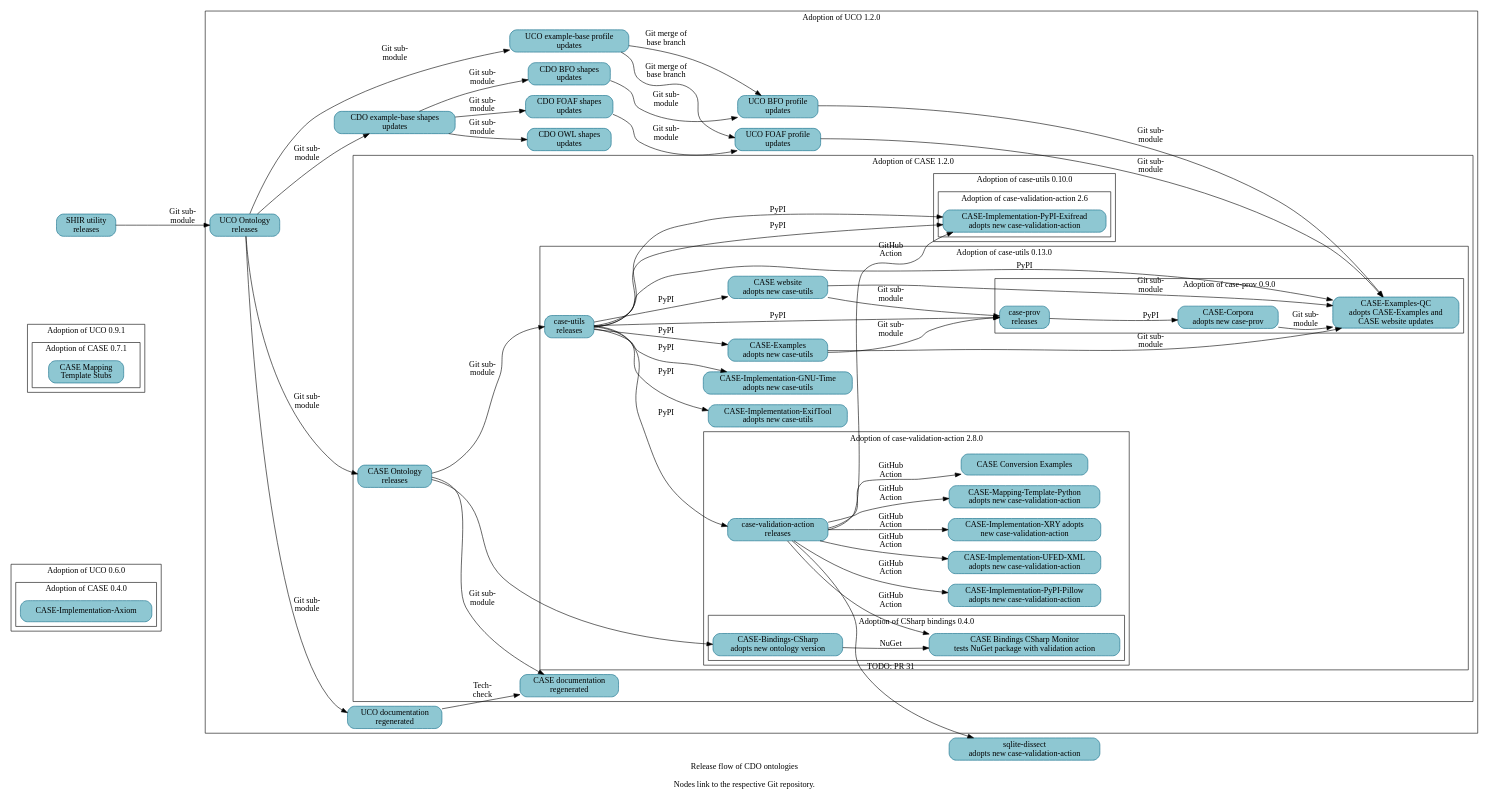
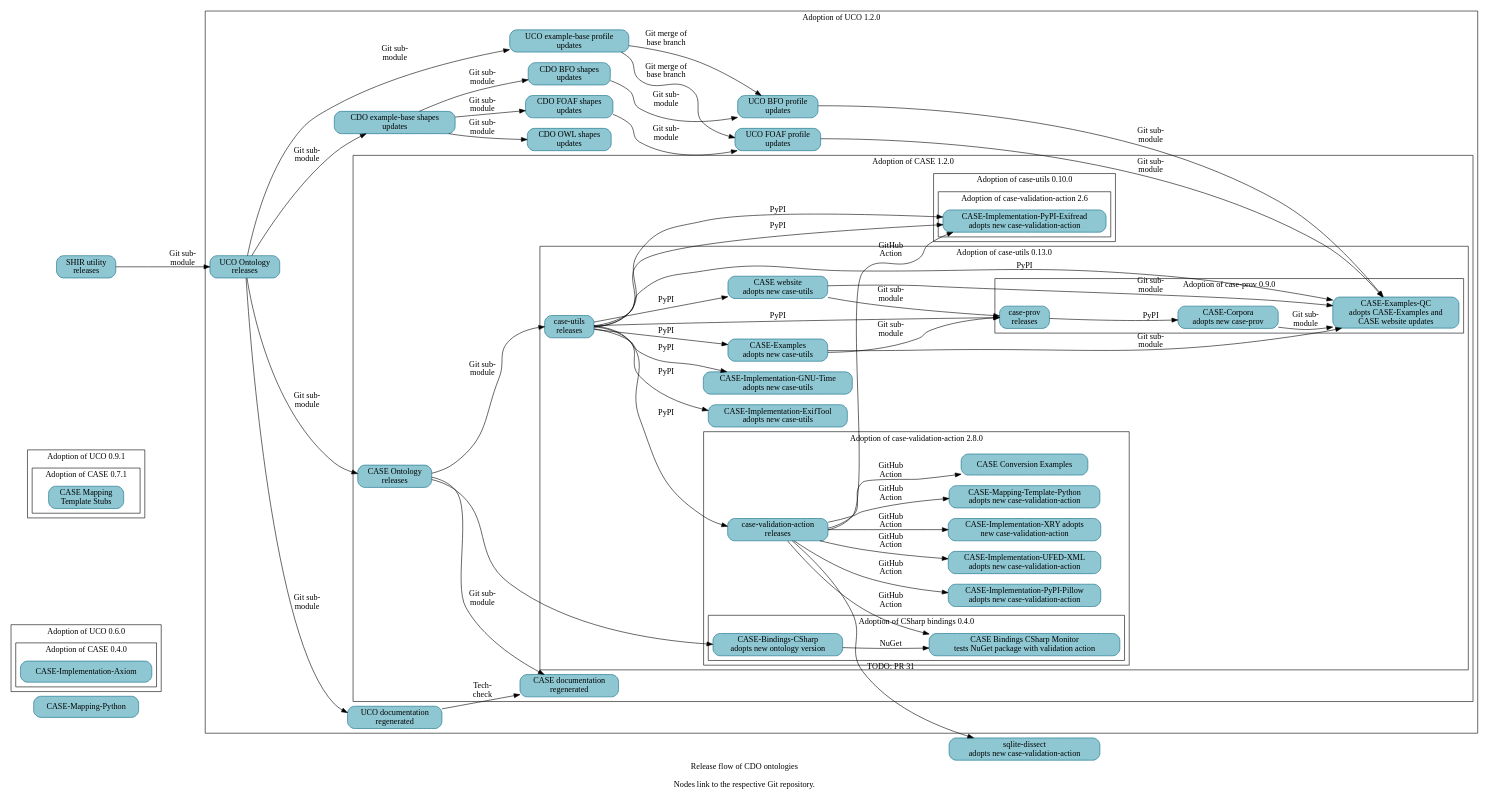
One commit to Cyber-Domain-Ontology/cdo.github.io changed the diagram in resources/project_release_flow.dot. Above: the diagram before and after it, drawn with Graphviz.

Commit message:
Add CASE-Mapping-Python
This project has not been reviewed for ontology adoption or conformance
status.

A follow-on patch will regenerate Make-managed files.

```diff
--- a/resources/project_release_flow.dot
+++ b/resources/project_release_flow.dot
@@ -1,141 +1,143 @@
 digraph "cdo_release_flow" {
   label = "Release flow of CDO ontologies\n\nNodes link to the respective Git repository." ;
   rankdir = "LR" ;
   node [shape="rectangle" style="filled,rounded" fillcolor="#8EC7D2" color="#0D6986"] ;
 
   // Define nodes in their corresponding progress subgraph.
+
+  _GH__CASEWORK__CASE_MAPPING_PYTHON [URL="https://github.com/casework/CASE-Mapping-Python/" label="CASE-Mapping-Python"] ;
 
   subgraph cluster_uco_0_6_0 {
     label = "Adoption of UCO 0.6.0" ;
 
     subgraph cluster_case_0_4_0 {
       label = "Adoption of CASE 0.4.0" ;
       _GH__CASEWORK__CASE_IMPLEMENTATION_AXIOM [URL="https://github.com/casework/CASE-Implementation-Axiom" label="CASE-Implementation-Axiom"] ;
     }
   }
 
   subgraph cluster_uco_0_9_1 {
     label = "Adoption of UCO 0.9.1" ;
 
     subgraph cluster_case_0_7_1 {
       label = "Adoption of CASE 0.7.1" ;
       _GH__CASEWORK__CASE_MAPPING_TEMPLATE_STUBS [URL="https://github.com/casework/CASE-Mapping-Template-Stubs" label="CASE Mapping\nTemplate Stubs"] ;
     }
   }
 
   subgraph cluster_uco_1_2_0 {
     label = "Adoption of UCO 1.2.0" ;
 
     _GH__CYBER_DOMAIN_ONTOLOGY__CDO_SHAPES_BFO [URL="https://github.com/Cyber-Domain-Ontology/CDO-Shapes-BFO" label="CDO BFO shapes\nupdates"] ;
     _GH__CYBER_DOMAIN_ONTOLOGY__CDO_SHAPES_EXAMPLE [URL="https://github.com/Cyber-Domain-Ontology/CDO-Shapes-Example" label="CDO example-base shapes\nupdates"] ;
     _GH__CYBER_DOMAIN_ONTOLOGY__CDO_SHAPES_FOAF [URL="https://github.com/Cyber-Domain-Ontology/CDO-Shapes-FOAF" label="CDO FOAF shapes\nupdates"] ;
     _GH__CYBER_DOMAIN_ONTOLOGY__CDO_SHAPES_OWL [URL="https://github.com/Cyber-Domain-Ontology/CDO-Shapes-OWL" label="CDO OWL shapes\nupdates"] ;
     _GH__UCOPROJECT__ONTOLOGY_UNIFIEDCYBERONTOLOGY_ORG [URL="https://github.com/ucoProject/ontology.unifiedcyberontology.org" label="UCO documentation\nregenerated"] ;
     _GH__UCOPROJECT__UCO [URL="https://github.com/ucoProject/UCO" label="UCO Ontology\nreleases"] ;
     _GH__UCOPROJECT__UCO_PROFILE_BFO [URL="https://github.com/ucoProject/UCO-Profile-BFO" label="UCO BFO profile\nupdates"] ;
     _GH__UCOPROJECT__UCO_PROFILE_EXAMPLE [URL="https://github.com/ucoProject/UCO-Profile-Example" label="UCO example-base profile\nupdates"] ;
     _GH__UCOPROJECT__UCO_PROFILE_FOAF [URL="https://github.com/ucoProject/UCO-Profile-FOAF" label="UCO FOAF profile\nupdates"] ;
 
     subgraph cluster_case_1_2_0 {
       label = "Adoption of CASE 1.2.0" ;
 
       _GH__CASEWORK__CASE [URL="https://github.com/casework/CASE" label="CASE Ontology\nreleases"] ;
       _GH__CASEWORK__ONTOLOGY_CASEONTOLOGY_ORG [URL="https://github.com/casework/ontology.caseontology.org" label="CASE documentation\nregenerated"] ;
 
       subgraph cluster_case_utils_0_10_0 {
         label = "Adoption of case-utils 0.10.0" ;
 
         subgraph cluster_case_validation_action_2_6 {
           label = "Adoption of case-validation-action 2.6" ;
 
           _GH__CASEWORK__CASE_IMPLEMENTATON_PYPI_EXIFREAD [URL="https://github.com/casework/CASE-Implementation-PyPI-Exifread" label="CASE-Implementation-PyPI-Exifread\nadopts new case-validation-action"] ;
         }
       }
 
       subgraph cluster_case_utils_0_13_0 {
         label = "Adoption of case-utils 0.13.0" ;
 
         _GH__CASEWORK__CASE_EXAMPLES [URL="https://github.com/casework/CASE-Examples" label="CASE-Examples\nadopts new case-utils"] ;
         _GH__CASEWORK__CASE_IMPLEMENTATON_EXIFTOOL [URL="https://github.com/casework/CASE-Implementation-ExifTool" label="CASE-Implementation-ExifTool\nadopts new case-utils"] ;
         _GH__CASEWORK__CASE_IMPLEMENTATON_GNU_TIME [URL="https://github.com/casework/CASE-Implementation-GNU-Time" label="CASE-Implementation-GNU-Time\nadopts new case-utils"] ;
         _GH__CASEWORK__CASE_UTILITIES_PYTHON [URL="https://github.com/casework/CASE-Utilities-Python" label="case-utils\nreleases"] ;
         _GH__CASEWORK__CASEWORK_GITHUB_IO [URL="https://github.com/casework/casework.github.io" label="CASE website\nadopts new case-utils"] ;
 
         subgraph cluster_case_prov_0_9_0 {
           label = "Adoption of case-prov 0.9.0" ;
 
           _GH__AJNELSON_NIST__CASE_EXAMPLES_QC [URL="https://github.com/ajnelson-nist/CASE-Examples-QC" label="CASE-Examples-QC\nadopts CASE-Examples and\nCASE website updates"] ;
           _GH__CASEWORK__CASE_CORPORA [URL="https://github.com/casework/CASE-Corpora" label="CASE-Corpora\nadopts new case-prov"] ;
           _GH__CASEWORK__CASE_IMPLEMENTATON_PROV_O [URL="https://github.com/casework/CASE-Implementation-PROV-O" label="case-prov\nreleases"] ;
         }
 
         subgraph cluster_case_validation_action_2_8_0 {
           label = "Adoption of case-validation-action 2.8.0" ;
 
           _GH__KCHASON__CASE_VALIDATION_ACTION [URL="https://github.com/kchason/case-validation-action" label="case-validation-action\nreleases"] ;
           _GH__CASEWORK__CASE_EXAMPLES_CONVERSION [URL="https://github.com/casework/CASE-Examples-Conversion" label="CASE Conversion Examples"] ;
           _GH__CASEWORK__CASE_IMPLEMENTATON_PYPI_PILLOW [URL="https://github.com/casework/CASE-Implementation-PyPI-Pillow" label="CASE-Implementation-PyPI-Pillow\nadopts new case-validation-action"] ;
           _GH__CASEWORK__CASE_IMPLEMENTATON_UFED_XML [URL="https://github.com/casework/CASE-Implementation-UFED-XML" label="CASE-Implementation-UFED-XML\nadopts new case-validation-action"] ;
           _GH__CASEWORK__CASE_IMPLEMENTATON_XRY [URL="https://github.com/casework/CASE-Implementation-XRY" label="CASE-Implementation-XRY adopts\nnew case-validation-action"] ;
           _GH__CASEWORK__CASE_MAPPING_TEMPLATE_PYTHON [URL="https://github.com/casework/CASE-Mapping-Template-Python" label="CASE-Mapping-Template-Python\nadopts new case-validation-action"] ;
 
           subgraph cluster_case_bindings_csharp_0_4_0 {
             label = "Adoption of CSharp bindings 0.4.0" ;
 
             _GH__CASEWORK__CASE_BINDINGS_CSHARP_MONITOR [URL="https://github.com/casework/CASE-Bindings-CSharp-Monitor" label="CASE Bindings CSharp Monitor\ntests NuGet package with validation action"] ;
             _GH__CIPHERTECHSOLUTIONS__CASE_BINDINGS_CSHARP [URL="https://github.com/ciphertechsolutions/CASE-Bindings-CSharp" label="CASE-Bindings-CSharp\nadopts new ontology version"] ;
           }
         }
       }
     }
   }
 
   _GH__CASEWORK__CASE_UTILITY_SHACL_INHERITANCE_REVIEWER [URL="https://github.com/casework/CASE-Utility-SHACL-Inheritance-Reviewer" label="SHIR utility\nreleases"] ;
   _GH__DOD_CYBER_CRIME_CENTER__SQLITE_DISSECT [URL="https://github.com/dod-cyber-crime-center/sqlite-dissect" label="sqlite-dissect\nadopts new case-validation-action"] ;
 
   // Begin edges
 
   _GH__CASEWORK__CASE_EXAMPLES -> _GH__CASEWORK__CASE_IMPLEMENTATON_PROV_O [label="Git sub-\nmodule"] ;
   _GH__CASEWORK__CASEWORK_GITHUB_IO -> _GH__CASEWORK__CASE_IMPLEMENTATON_PROV_O [label="Git sub-\nmodule"] ;
   _GH__CASEWORK__CASE_CORPORA -> _GH__AJNELSON_NIST__CASE_EXAMPLES_QC [label="Git sub-\nmodule"] ;
 
   _GH__CASEWORK__CASE -> _GH__CASEWORK__CASE_UTILITIES_PYTHON [label="Git sub-\nmodule"] ;
   _GH__CASEWORK__CASE -> _GH__CIPHERTECHSOLUTIONS__CASE_BINDINGS_CSHARP ;
   _GH__CASEWORK__CASE -> _GH__CASEWORK__ONTOLOGY_CASEONTOLOGY_ORG [label="Git sub-\nmodule"] ; 
   _GH__CASEWORK__CASE_EXAMPLES -> _GH__AJNELSON_NIST__CASE_EXAMPLES_QC [label="Git sub-\nmodule"] ;
   _GH__CASEWORK__CASE_IMPLEMENTATON_PROV_O -> _GH__CASEWORK__CASE_CORPORA [label="PyPI"] ;
   _GH__CASEWORK__CASE_UTILITIES_PYTHON -> _GH__AJNELSON_NIST__CASE_EXAMPLES_QC [label="PyPI"] ;
   _GH__CASEWORK__CASE_UTILITIES_PYTHON -> _GH__CASEWORK__CASE_EXAMPLES [label="PyPI"] ;
   _GH__CASEWORK__CASE_UTILITIES_PYTHON -> _GH__CASEWORK__CASE_IMPLEMENTATON_EXIFTOOL [label="PyPI"] ;
   _GH__CASEWORK__CASE_UTILITIES_PYTHON -> _GH__CASEWORK__CASE_IMPLEMENTATON_GNU_TIME [label="PyPI"] ;
   _GH__CASEWORK__CASE_UTILITIES_PYTHON -> _GH__CASEWORK__CASE_IMPLEMENTATON_PROV_O [label="PyPI"] ;
   _GH__CASEWORK__CASE_UTILITIES_PYTHON -> _GH__CASEWORK__CASE_IMPLEMENTATON_PYPI_EXIFREAD [label="PyPI"] ;
   _GH__CASEWORK__CASE_UTILITIES_PYTHON -> _GH__KCHASON__CASE_VALIDATION_ACTION [label="PyPI"] ;
   _GH__CASEWORK__CASE_UTILITIES_PYTHON -> _GH__CASEWORK__CASEWORK_GITHUB_IO [label="PyPI"] ;
   _GH__CASEWORK__CASE_UTILITY_SHACL_INHERITANCE_REVIEWER -> _GH__UCOPROJECT__UCO [label="Git sub-\nmodule"] ;
   _GH__CASEWORK__CASEWORK_GITHUB_IO -> _GH__AJNELSON_NIST__CASE_EXAMPLES_QC [label="Git sub-\nmodule"] ;
   _GH__CIPHERTECHSOLUTIONS__CASE_BINDINGS_CSHARP -> _GH__CASEWORK__CASE_BINDINGS_CSHARP_MONITOR [label="NuGet"] ;
   _GH__CYBER_DOMAIN_ONTOLOGY__CDO_SHAPES_BFO -> _GH__UCOPROJECT__UCO_PROFILE_BFO [label="Git sub-\nmodule"] ;
   _GH__CYBER_DOMAIN_ONTOLOGY__CDO_SHAPES_EXAMPLE -> _GH__CYBER_DOMAIN_ONTOLOGY__CDO_SHAPES_BFO [label="Git sub-\nmodule"] ;
   _GH__CYBER_DOMAIN_ONTOLOGY__CDO_SHAPES_EXAMPLE -> _GH__CYBER_DOMAIN_ONTOLOGY__CDO_SHAPES_FOAF [label="Git sub-\nmodule"] ;
   _GH__CYBER_DOMAIN_ONTOLOGY__CDO_SHAPES_EXAMPLE -> _GH__CYBER_DOMAIN_ONTOLOGY__CDO_SHAPES_OWL [label="Git sub-\nmodule"] ;
   _GH__CYBER_DOMAIN_ONTOLOGY__CDO_SHAPES_FOAF -> _GH__UCOPROJECT__UCO_PROFILE_FOAF [label="Git sub-\nmodule"] ;
   _GH__KCHASON__CASE_VALIDATION_ACTION -> _GH__CASEWORK__CASE_BINDINGS_CSHARP_MONITOR [label="GitHub\nAction"] ;
   _GH__KCHASON__CASE_VALIDATION_ACTION -> _GH__CASEWORK__CASE_EXAMPLES_CONVERSION [label="GitHub\nAction"];
   _GH__CASEWORK__CASE_UTILITIES_PYTHON -> _GH__CASEWORK__CASE_IMPLEMENTATON_PYPI_EXIFREAD [label="PyPI"] ;
   _GH__KCHASON__CASE_VALIDATION_ACTION -> _GH__CASEWORK__CASE_IMPLEMENTATON_PYPI_EXIFREAD [label="GitHub\nAction"] ;
   _GH__KCHASON__CASE_VALIDATION_ACTION -> _GH__CASEWORK__CASE_IMPLEMENTATON_PYPI_PILLOW [label="GitHub\nAction"] ;
   _GH__KCHASON__CASE_VALIDATION_ACTION -> _GH__CASEWORK__CASE_IMPLEMENTATON_UFED_XML [label="GitHub\nAction"] ;
   _GH__KCHASON__CASE_VALIDATION_ACTION -> _GH__CASEWORK__CASE_IMPLEMENTATON_XRY [label="GitHub\nAction"] ;
   _GH__KCHASON__CASE_VALIDATION_ACTION -> _GH__CASEWORK__CASE_MAPPING_TEMPLATE_PYTHON [label="GitHub\nAction"] ;
   _GH__KCHASON__CASE_VALIDATION_ACTION -> _GH__DOD_CYBER_CRIME_CENTER__SQLITE_DISSECT [URL="https://github.com/dod-cyber-crime-center/sqlite-dissect/pull/31" label="TODO: PR 31"] ;
   _GH__UCOPROJECT__ONTOLOGY_UNIFIEDCYBERONTOLOGY_ORG -> _GH__CASEWORK__ONTOLOGY_CASEONTOLOGY_ORG [label="Tech-\ncheck"];
   _GH__UCOPROJECT__UCO -> _GH__CASEWORK__CASE [label="Git sub-\nmodule"] ;
   _GH__UCOPROJECT__UCO -> _GH__CYBER_DOMAIN_ONTOLOGY__CDO_SHAPES_EXAMPLE [label="Git sub-\nmodule"] ;
   _GH__UCOPROJECT__UCO -> _GH__UCOPROJECT__ONTOLOGY_UNIFIEDCYBERONTOLOGY_ORG [label="Git sub-\nmodule"] ;
   _GH__UCOPROJECT__UCO -> _GH__UCOPROJECT__UCO_PROFILE_EXAMPLE [label="Git sub-\nmodule"] ;
   _GH__UCOPROJECT__UCO_PROFILE_BFO -> _GH__AJNELSON_NIST__CASE_EXAMPLES_QC [label="Git sub-\nmodule"] ;
   _GH__UCOPROJECT__UCO_PROFILE_EXAMPLE -> _GH__UCOPROJECT__UCO_PROFILE_BFO [label="Git merge of\nbase branch"] ;
   _GH__UCOPROJECT__UCO_PROFILE_EXAMPLE -> _GH__UCOPROJECT__UCO_PROFILE_FOAF [label="Git merge of\nbase branch"] ;
   _GH__UCOPROJECT__UCO_PROFILE_FOAF -> _GH__AJNELSON_NIST__CASE_EXAMPLES_QC [label="Git sub-\nmodule"] ;
 }
```
